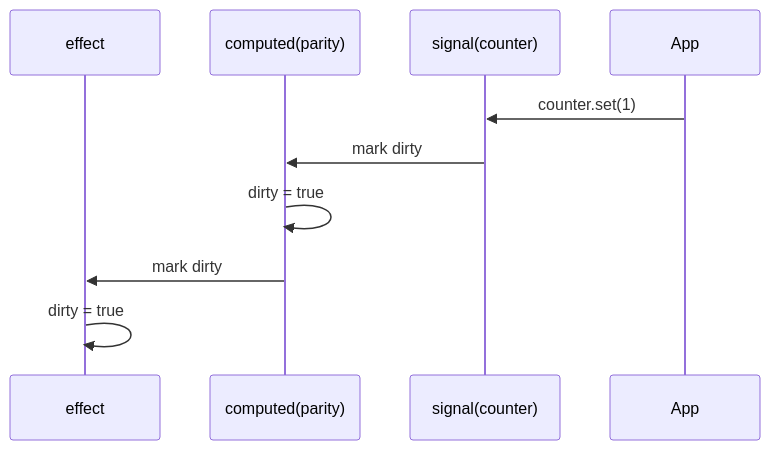
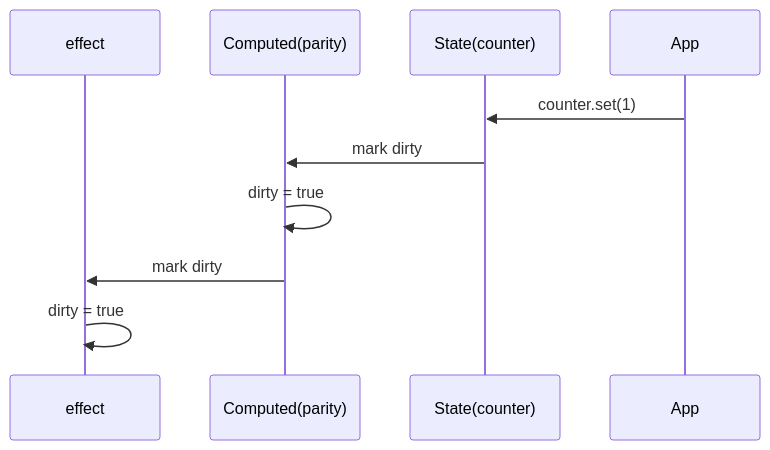
One commit to nishitaku/frontend-phpcon-do-slide changed the second of 3 diagrams in docs/slide.md. Above: the diagram before and after it, drawn with Mermaid. The commit also changed other lines of this file and 4 other files, not shown here.

```diff
--- a/docs/slide.md
+++ b/docs/slide.md
@@ -368,15 +389,15 @@
 <pre class="mermaid">
 sequenceDiagram
     participant E as effect
-    participant C as computed(parity)
-    participant S as signal(counter)
+    participant C as Computed(parity)
+    participant S as State(counter)
     participant App
 
     App->>S: counter.set(1)
 
     S->>C: mark dirty
     C->>C: dirty = true
 
     C->>E: mark dirty
     E->>E: dirty = true
 </pre>
```
